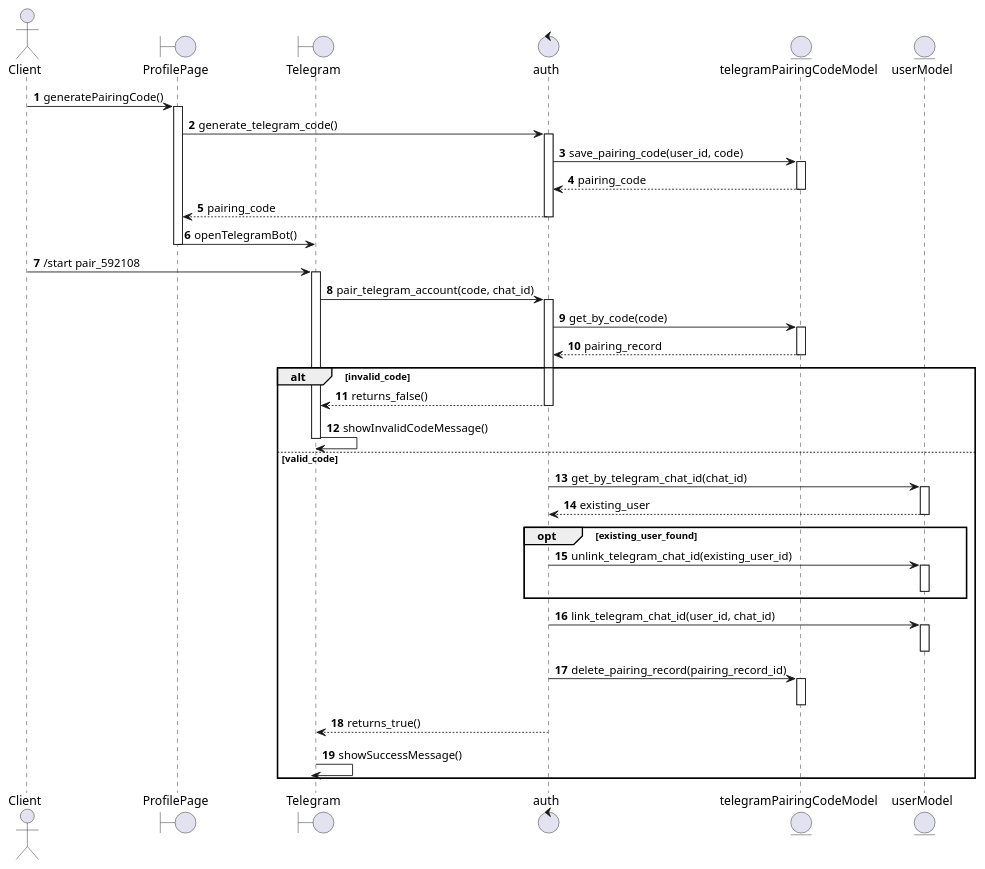
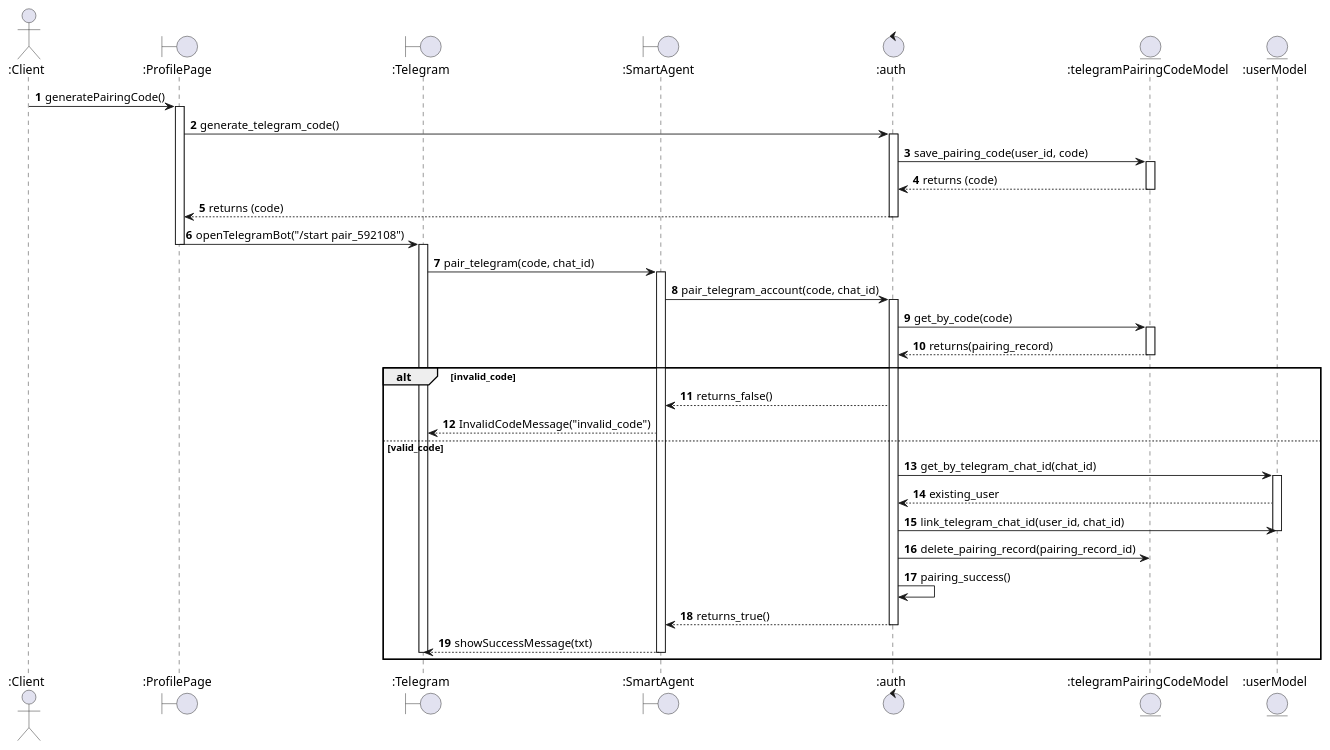
The diagram in docs/sequence_diagram_telegram_pairing.puml (israhadjhassine/Graduation-Project-real-estate-automation), drawn with PlantUML before and after one commit. The commit also changed 16 other files, not shown here.

```diff
--- a/docs/sequence_diagram_telegram_pairing.puml
+++ b/docs/sequence_diagram_telegram_pairing.puml
@@ -1,69 +1,65 @@
 @startuml
 autonumber
 
-actor Client
-boundary ProfilePage
-boundary Telegram
-control auth
-entity telegramPairingCodeModel 
-entity userModel
+actor ":Client" as Client
+boundary ":ProfilePage" as ProfilePage
+boundary ":Telegram" as Telegram
+boundary ":SmartAgent" as SmartAgent
+control ":auth" as auth
+entity ":telegramPairingCodeModel" as telegramPairingCodeModel
+entity ":userModel" as userModel
 
 Client -> ProfilePage : generatePairingCode()
 activate ProfilePage
 
 ProfilePage -> auth : generate_telegram_code()
 activate auth
 
 auth -> telegramPairingCodeModel : save_pairing_code(user_id, code)
 activate telegramPairingCodeModel
-telegramPairingCodeModel --> auth : pairing_code
+telegramPairingCodeModel --> auth : returns (code)
 deactivate telegramPairingCodeModel
 
-auth --> ProfilePage : pairing_code
+auth --> ProfilePage : returns (code)
 deactivate auth
-ProfilePage -> Telegram : openTelegramBot()
+ProfilePage -> Telegram : openTelegramBot("/start pair_592108")
 deactivate ProfilePage
 
-Client -> Telegram : /start pair_592108
+
 activate Telegram
 
-Telegram -> auth : pair_telegram_account(code, chat_id)
+Telegram -> SmartAgent : pair_telegram(code, chat_id)
+activate SmartAgent
+
+SmartAgent -> auth : pair_telegram_account(code, chat_id)
 activate auth
 
 auth -> telegramPairingCodeModel : get_by_code(code)
 activate telegramPairingCodeModel
-telegramPairingCodeModel --> auth : pairing_record
+telegramPairingCodeModel --> auth : returns(pairing_record)
 deactivate telegramPairingCodeModel
 
 alt invalid_code
-    auth --> Telegram : returns_false()
-    deactivate auth
-    Telegram -> Telegram : showInvalidCodeMessage()
-    deactivate Telegram
+    auth --> SmartAgent : returns_false()
+    SmartAgent --> Telegram : InvalidCodeMessage("invalid_code")
+    
 else valid_code
     auth -> userModel : get_by_telegram_chat_id(chat_id)
     activate userModel
     userModel --> auth : existing_user
-    deactivate userModel
-    
-     opt existing_user_found
-        auth -> userModel : unlink_telegram_chat_id(existing_user_id)
-        activate userModel
-        deactivate userModel
-    end
-    
+  
     auth -> userModel : link_telegram_chat_id(user_id, chat_id)
-    activate userModel
+ 
     deactivate userModel
     
     auth -> telegramPairingCodeModel : delete_pairing_record(pairing_record_id)
-    activate telegramPairingCodeModel
-    deactivate telegramPairingCodeModel
+    auth -> auth : pairing_success()
+    auth --> SmartAgent : returns_true()
+    deactivate auth
     
-    auth --> Telegram : returns_true()
-    deactivate auth
-    Telegram -> Telegram : showSuccessMessage()
+    SmartAgent --> Telegram : showSuccessMessage(txt)
+    deactivate SmartAgent
     deactivate Telegram
 end
 
 @enduml
```
